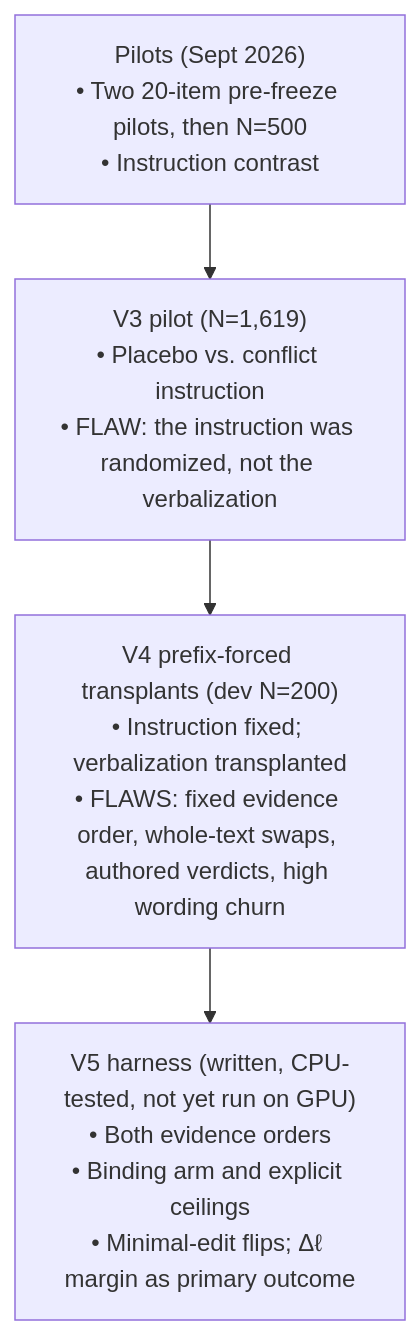
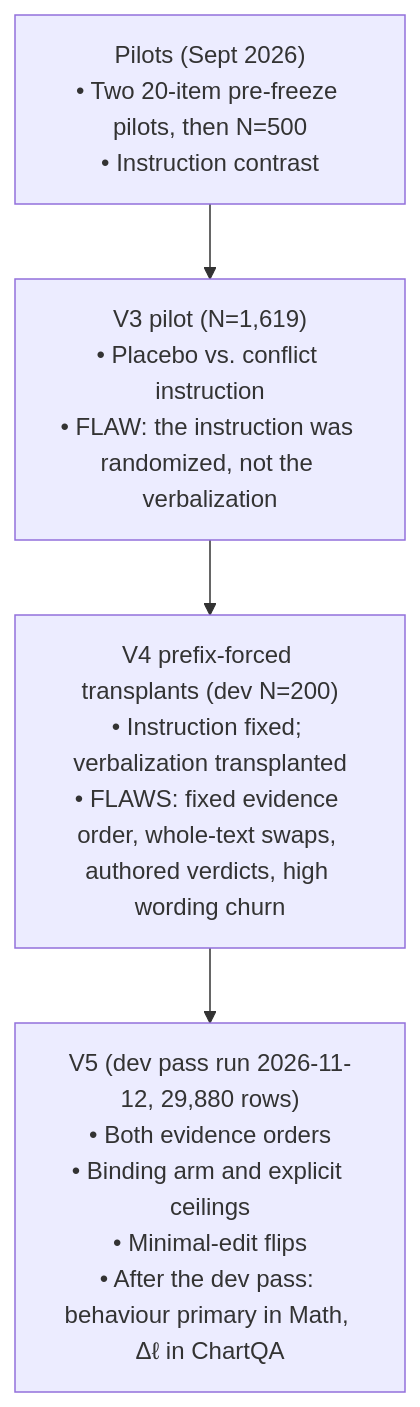
The diagram in Causal Conflict Verbalization and Source Arbitration/Thesis/docs/Understanding/Thesis Understanding FAQ (Opus 4.6).md (Mohammad-Zahed-Hossen/Thesis), drawn with Mermaid before and after one commit. The commit also changed other lines of this file and 11 other files, not shown here.

````diff
--- a/Causal Conflict Verbalization and Source Arbitration/Thesis/docs/Understanding/Thesis Understanding FAQ (Opus 4.6).md
+++ b/Causal Conflict Verbalization and Source Arbitration/Thesis/docs/Understanding/Thesis Understanding FAQ (Opus 4.6).md
@@ -165,6 +170,6 @@
 ```mermaid
 flowchart TD
     P["Pilots (Sept 2026)<br>• Two 20-item pre-freeze pilots, then N=500<br>• Instruction contrast"] --> V3["V3 pilot (N=1,619)<br>• Placebo vs. conflict instruction<br>• FLAW: the instruction was randomized, not the verbalization"]
     V3 --> V4["V4 prefix-forced transplants (dev N=200)<br>• Instruction fixed; verbalization transplanted<br>• FLAWS: fixed evidence order, whole-text swaps, authored verdicts, high wording churn"]
-    V4 --> V5["V5 harness (written, CPU-tested, not yet run on GPU)<br>• Both evidence orders<br>• Binding arm and explicit ceilings<br>• Minimal-edit flips; Δℓ margin as primary outcome"]
+    V4 --> V5["V5 (dev pass run 2026-11-12, 29,880 rows)<br>• Both evidence orders<br>• Binding arm and explicit ceilings<br>• Minimal-edit flips<br>• After the dev pass: behaviour primary in Math, Δℓ in ChartQA"]
 ```
````
